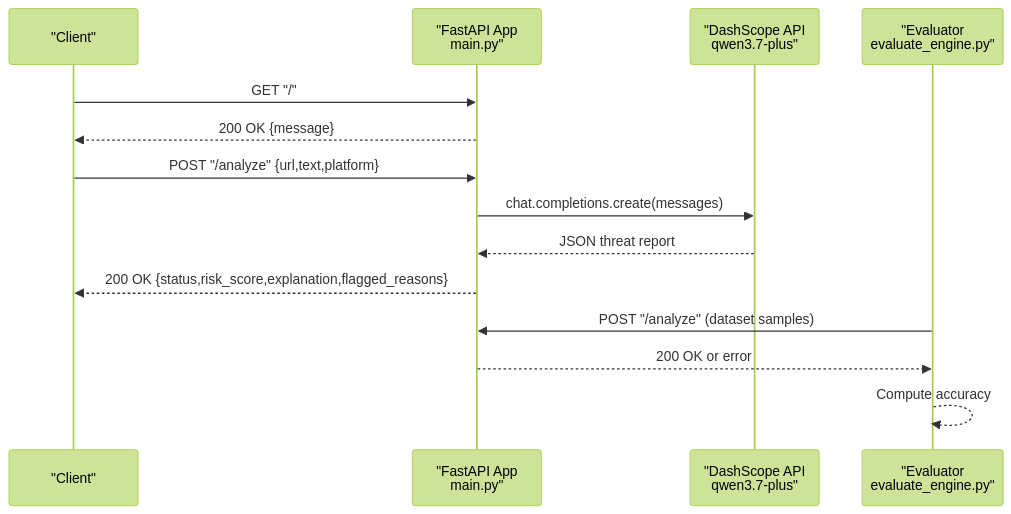
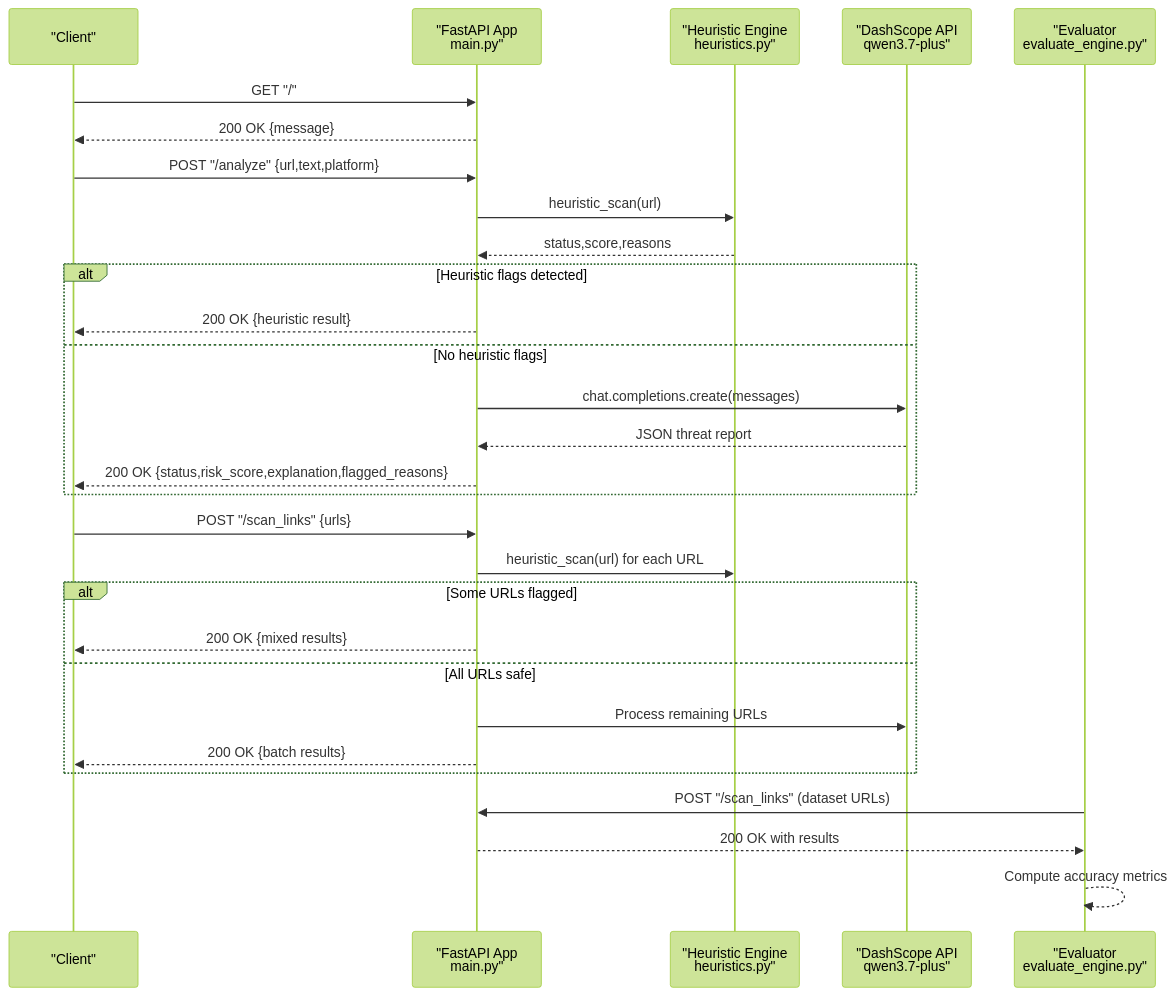
The second of 5 diagrams in .qoder/repowiki/en/content/Backend API Documentation.md (Aymanaahh/scrollguard-ai), drawn with Mermaid (forest theme) before and after one commit. The commit also changed other lines of this file and 36 other files, not shown here.

````diff
--- a/.qoder/repowiki/en/content/Backend API Documentation.md
+++ b/.qoder/repowiki/en/content/Backend API Documentation.md
@@ -82,16 +104,31 @@
 ```mermaid
 sequenceDiagram
 participant Client as "Client"
 participant FastAPI as "FastAPI App<br/>main.py"
+participant Heuristics as "Heuristic Engine<br/>heuristics.py"
 participant LLM as "DashScope API<br/>qwen3.7-plus"
 participant Eval as "Evaluator<br/>evaluate_engine.py"
 Client->>FastAPI : GET "/"
 FastAPI-->>Client : 200 OK {message}
 Client->>FastAPI : POST "/analyze" {url,text,platform}
+FastAPI->>Heuristics : heuristic_scan(url)
+Heuristics-->>FastAPI : status,score,reasons
+alt Heuristic flags detected
+FastAPI-->>Client : 200 OK {heuristic result}
+else No heuristic flags
 FastAPI->>LLM : chat.completions.create(messages)
 LLM-->>FastAPI : JSON threat report
 FastAPI-->>Client : 200 OK {status,risk_score,explanation,flagged_reasons}
-Eval->>FastAPI : POST "/analyze" (dataset samples)
-FastAPI-->>Eval : 200 OK or error
-Eval-->>Eval : Compute accuracy
+end
+Client->>FastAPI : POST "/scan_links" {urls}
+FastAPI->>Heuristics : heuristic_scan(url) for each URL
+alt Some URLs flagged
+FastAPI-->>Client : 200 OK {mixed results}
+else All URLs safe
+FastAPI->>LLM : Process remaining URLs
+FastAPI-->>Client : 200 OK {batch results}
+end
+Eval->>FastAPI : POST "/scan_links" (dataset URLs)
+FastAPI-->>Eval : 200 OK with results
+Eval-->>Eval : Compute accuracy metrics
 ```
````
